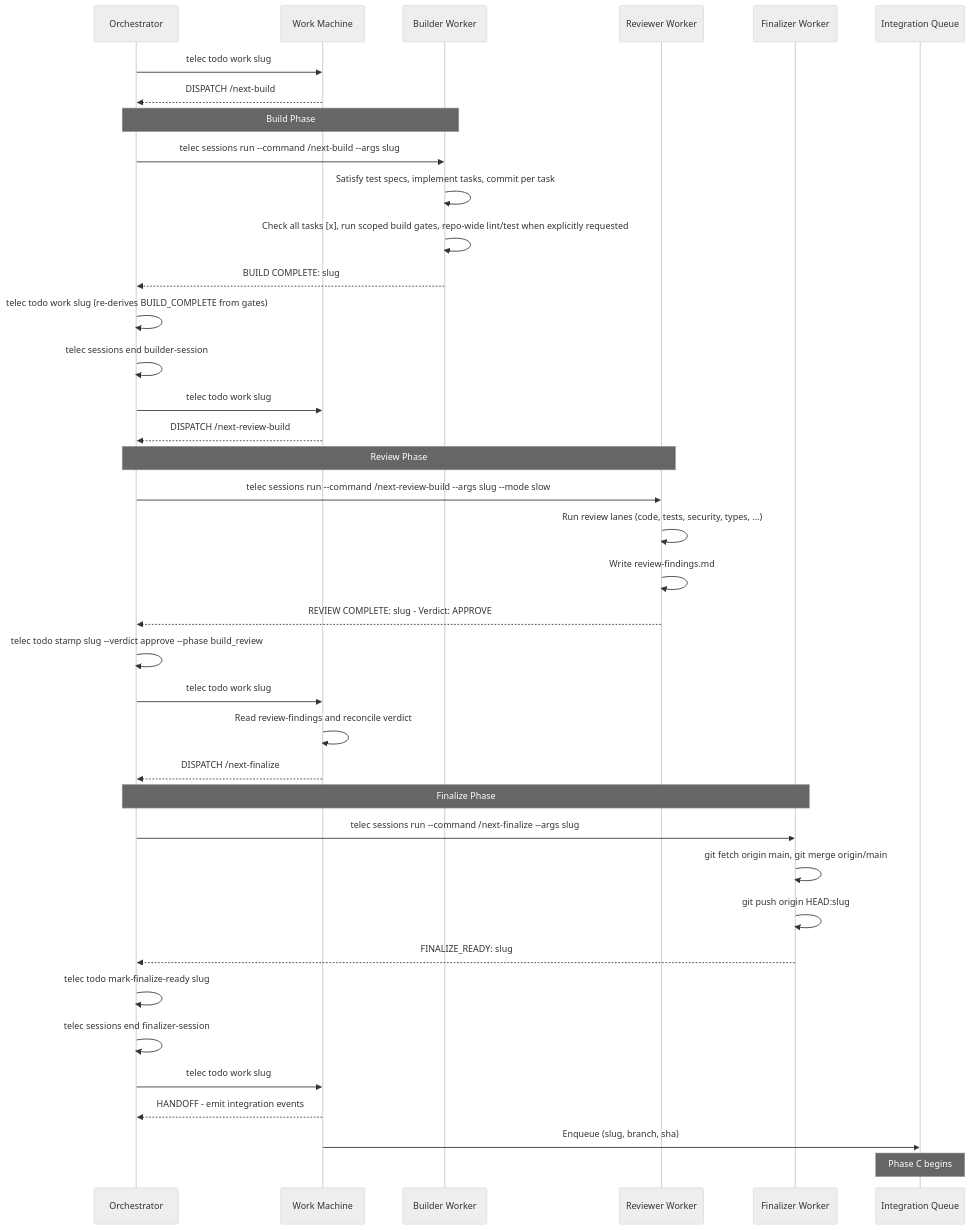
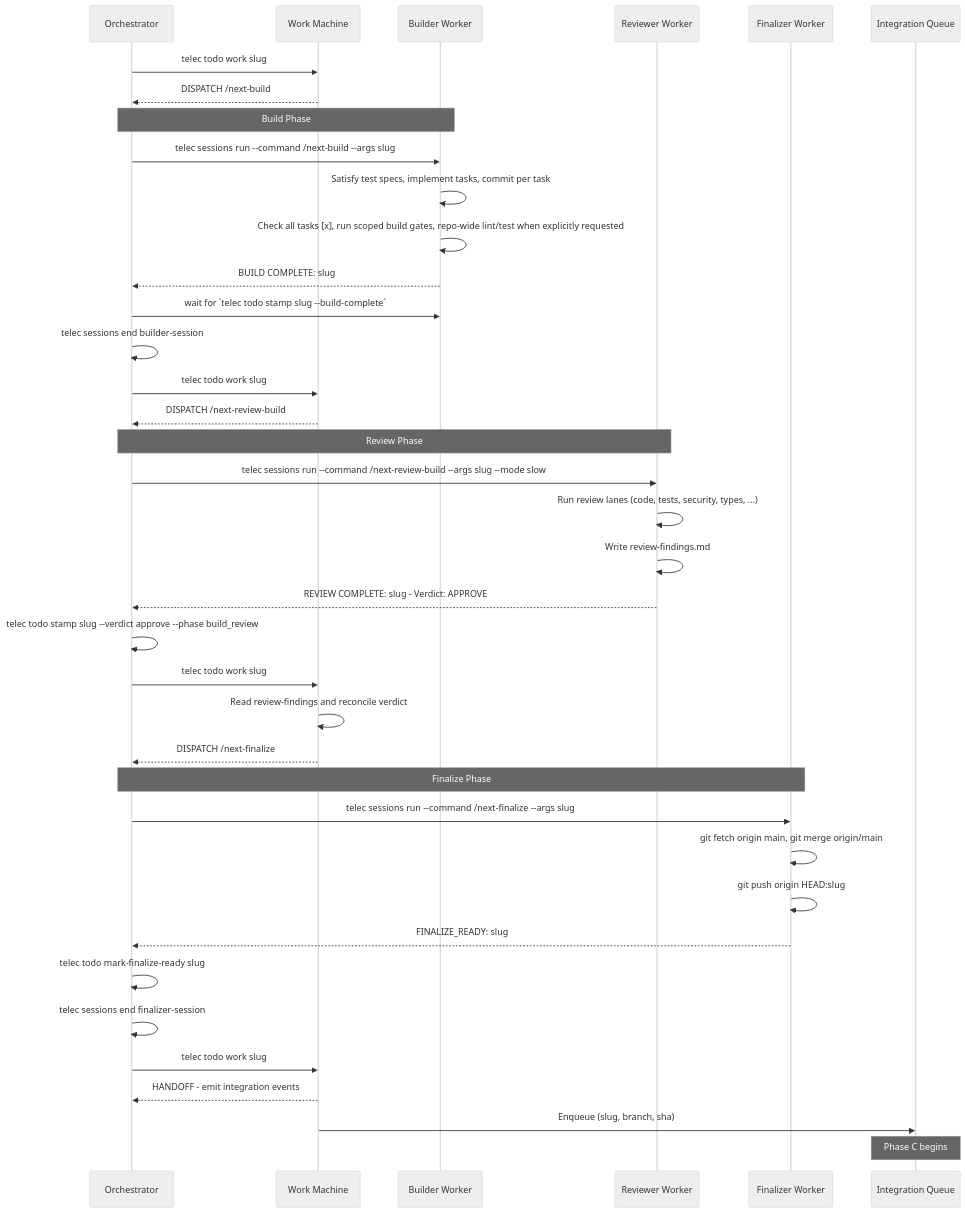
The fourth of 5 diagrams in docs/project/design/architecture/work-state-machine.md (InstruktAI/TeleClaude), drawn with Mermaid (neutral theme) before and after one commit. The commit also changed other lines of this file and 23 other files, not shown here.

````diff
--- a/docs/project/design/architecture/work-state-machine.md
+++ b/docs/project/design/architecture/work-state-machine.md
@@ -182,47 +182,47 @@
 ```mermaid
 sequenceDiagram
     participant O as Orchestrator
     participant SM as Work Machine
     participant B as Builder Worker
     participant R as Reviewer Worker
     participant F as Finalizer Worker
     participant I as Integration Queue
 
     O->>SM: telec todo work slug
     SM-->>O: DISPATCH /next-build
 
     Note over O,B: Build Phase
     O->>B: telec sessions run --command /next-build --args slug
     B->>B: Satisfy test specs, implement tasks, commit per task
     B->>B: Check all tasks [x], run scoped build gates, repo-wide lint/test when explicitly requested
     B-->>O: BUILD COMPLETE: slug
-    O->>O: telec todo work slug (re-derives BUILD_COMPLETE from gates)
+    O->>B: wait for `telec todo stamp slug --build-complete`
     O->>O: telec sessions end builder-session
 
     O->>SM: telec todo work slug
     SM-->>O: DISPATCH /next-review-build
 
     Note over O,R: Review Phase
     O->>R: telec sessions run --command /next-review-build --args slug --mode slow
     R->>R: Run review lanes (code, tests, security, types, ...)
     R->>R: Write review-findings.md
     R-->>O: REVIEW COMPLETE: slug - Verdict: APPROVE
     O->>O: telec todo stamp slug --verdict approve --phase build_review
 
     O->>SM: telec todo work slug
     SM->>SM: Read review-findings and reconcile verdict
     SM-->>O: DISPATCH /next-finalize
 
     Note over O,F: Finalize Phase
     O->>F: telec sessions run --command /next-finalize --args slug
     F->>F: git fetch origin main, git merge origin/main
     F->>F: git push origin HEAD:slug
     F-->>O: FINALIZE_READY: slug
     O->>O: telec todo mark-finalize-ready slug
     O->>O: telec sessions end finalizer-session
 
     O->>SM: telec todo work slug
     SM-->>O: HANDOFF - emit integration events
     SM->>I: Enqueue (slug, branch, sha)
     Note over I: Phase C begins
 ```
````
